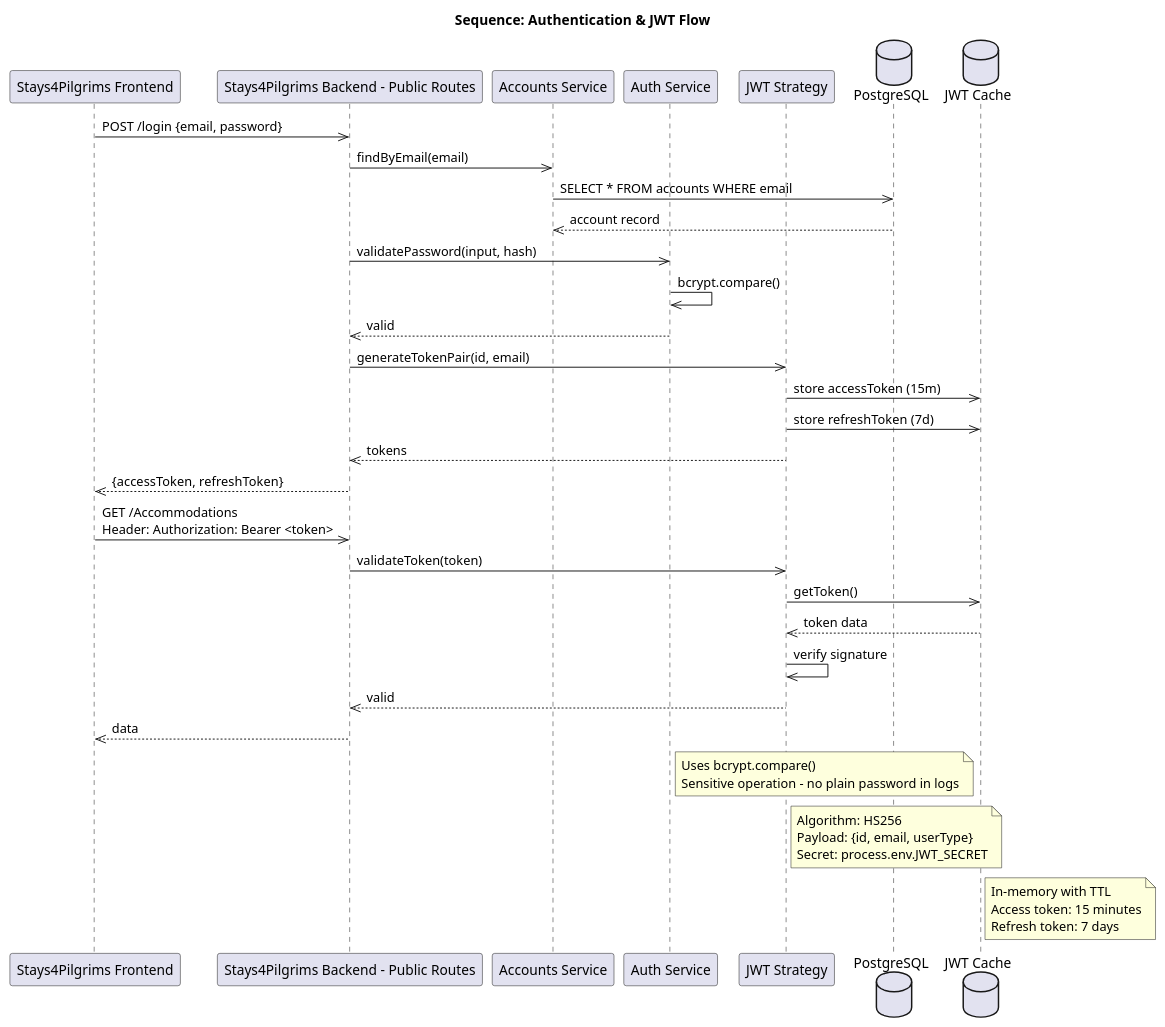
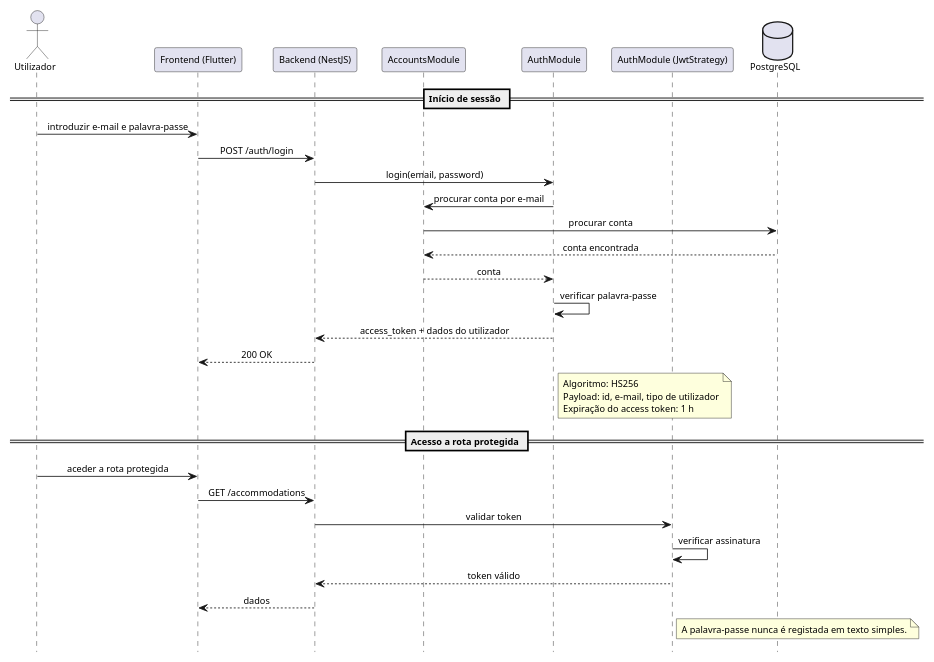
One commit to alegna83/cookbook-be changed the diagram in docs/diagrams/component-auth-sessions.puml. Above: the diagram before and after it, drawn with PlantUML. The commit also changed 1 other file, not shown here.

Commit message:
component auth sessions

```diff
--- a/docs/diagrams/component-auth-sessions.puml
+++ b/docs/diagrams/component-auth-sessions.puml
@@ -1,50 +1,54 @@
 @startuml
-title Sequence: Authentication & JWT Flow
+scale 0.85
+hide footbox
+skinparam defaultFontName Arial
+skinparam defaultFontSize 11
+skinparam maxMessageSize 200
+skinparam sequence {
+  ParticipantPadding 10
+  BoxPadding 8
+  MessageAlign center
+  ArrowThickness 1
+}
 
-participant "Stays4Pilgrims Frontend" as FE
-participant "Stays4Pilgrims Backend - Public Routes" as ROUTES
-participant "Accounts Service" as ACC_SVC
-participant "Auth Service" as AUTH_SVC
-participant "JWT Strategy" as JWT
+actor Utilizador
+participant "Frontend (Flutter)" as FE
+participant "Backend (NestJS)" as BE
+participant "AccountsModule" as ACC
+participant "AuthModule" as AUTH
+participant "AuthModule (JwtStrategy)" as JWT
 database "PostgreSQL" as DB
-database "JWT Cache" as CACHE
 
-FE ->> ROUTES: POST /login {email, password}
-ROUTES ->> ACC_SVC: findByEmail(email)
-ACC_SVC ->> DB: SELECT * FROM accounts WHERE email
-DB -->> ACC_SVC: account record
-ROUTES ->> AUTH_SVC: validatePassword(input, hash)
-AUTH_SVC ->> AUTH_SVC: bcrypt.compare()
-AUTH_SVC -->> ROUTES: valid
-ROUTES ->> JWT: generateTokenPair(id, email)
-JWT ->> CACHE: store accessToken (15m)
-JWT ->> CACHE: store refreshToken (7d)
-JWT -->> ROUTES: tokens
-ROUTES -->> FE: {accessToken, refreshToken}
+== Início de sessão ==
 
-FE ->> ROUTES: GET /Accommodations\nHeader: Authorization: Bearer <token>
-ROUTES ->> JWT: validateToken(token)
-JWT ->> CACHE: getToken()
-CACHE -->> JWT: token data
-JWT ->> JWT: verify signature
-JWT -->> ROUTES: valid
-ROUTES -->> FE: data
+Utilizador -> FE: introduzir e-mail e palavra-passe
+FE -> BE: POST /auth/login
+BE -> AUTH: login(email, password)
+AUTH -> ACC: procurar conta por e-mail
+ACC -> DB: procurar conta
+DB --> ACC: conta encontrada
+ACC --> AUTH: conta
+AUTH -> AUTH: verificar palavra-passe
+AUTH --> BE: access_token + dados do utilizador
+BE --> FE: 200 OK
 
-note right of AUTH_SVC
-  Uses bcrypt.compare()
-  Sensitive operation - no plain password in logs
+note right of AUTH
+Algoritmo: HS256
+Payload: id, e-mail, tipo de utilizador
+Expiração do access token: 1 h
 end note
 
+== Acesso a rota protegida ==
+
+Utilizador -> FE: aceder a rota protegida
+FE -> BE: GET /accommodations
+BE -> JWT: validar token
+JWT -> JWT: verificar assinatura
+JWT --> BE: token válido
+BE --> FE: dados
+
 note right of JWT
-  Algorithm: HS256
-  Payload: {id, email, userType}
-  Secret: process.env.JWT_SECRET
-end note
-
-note right of CACHE
-  In-memory with TTL
-  Access token: 15 minutes
-  Refresh token: 7 days
+A palavra-passe nunca é registada em texto simples.
 end note
 
 @enduml
```
